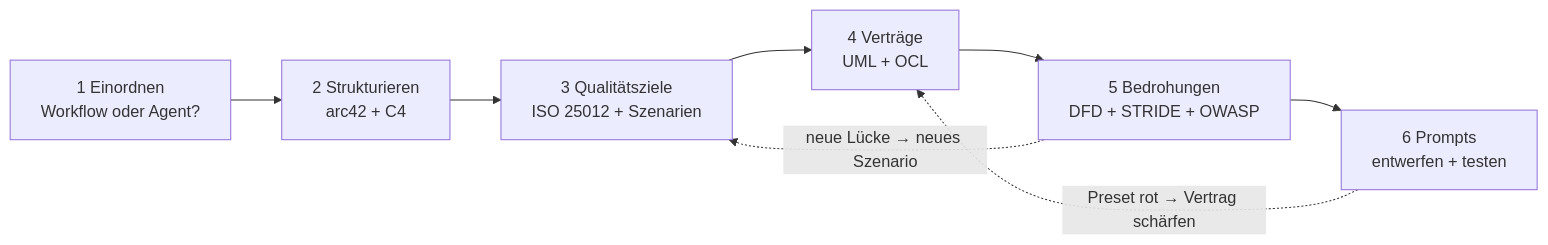
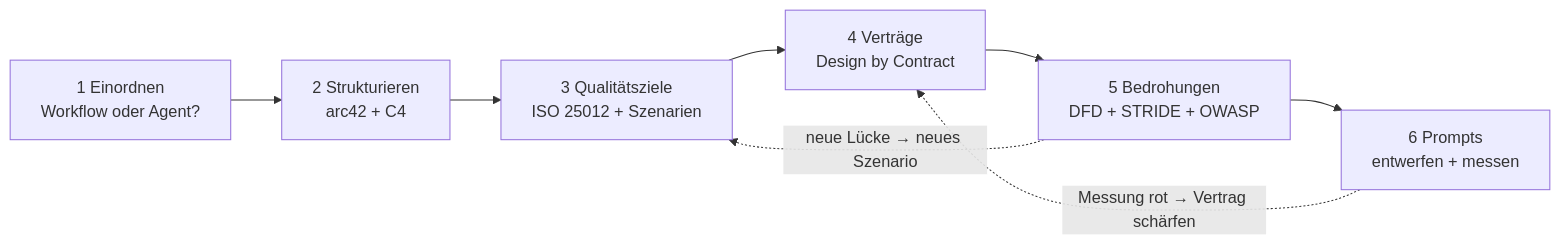
One commit to Daniel74/GovGuard changed the first of 2 diagrams in docs/METHODIK.md. Above: the diagram before and after it, drawn with Mermaid. The commit also changed other lines of this file and 1 other file, not shown here.

````diff
--- a/docs/METHODIK.md
+++ b/docs/METHODIK.md
@@ -41,10 +39,10 @@
 ```mermaid
 flowchart LR
   E["1 Einordnen<br/>Workflow oder Agent?"] --> S["2 Strukturieren<br/>arc42 + C4"]
   S --> Q["3 Qualitätsziele<br/>ISO 25012 + Szenarien"]
-  Q --> V["4 Verträge<br/>UML + OCL"]
+  Q --> V["4 Verträge<br/>Design by Contract"]
   V --> T["5 Bedrohungen<br/>DFD + STRIDE + OWASP"]
-  T --> P["6 Prompts<br/>entwerfen + testen"]
+  T --> P["6 Prompts<br/>entwerfen + messen"]
   T -.->|"neue Lücke → neues Szenario"| Q
-  P -.->|"Preset rot → Vertrag schärfen"| V
+  P -.->|"Messung rot → Vertrag schärfen"| V
 ```
````
